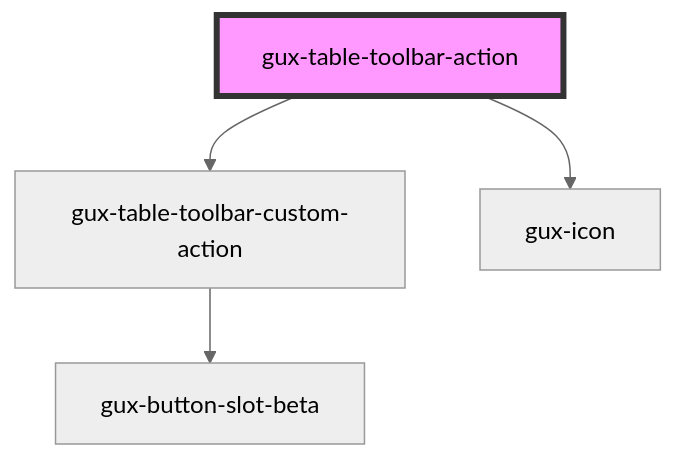
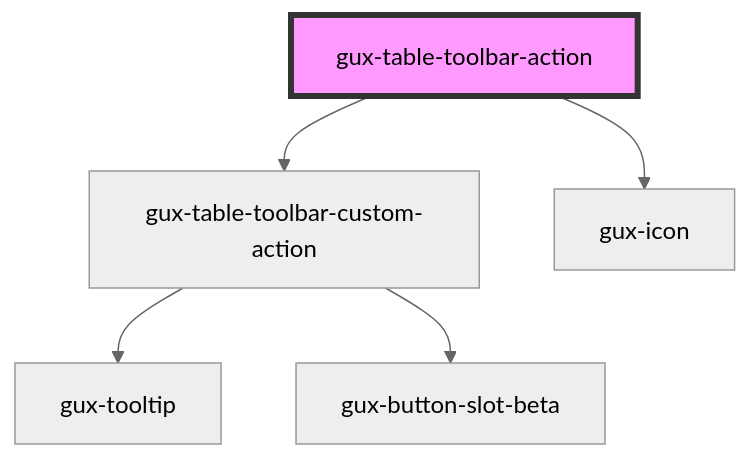
One commit to MyPureCloud/genesys-spark changed the diagram in packages/genesys-spark-components/src/components/beta/gux-table-toolbar/gux-table-toolbar-action/readme.md. Above: the diagram before and after it, drawn with Mermaid (neutral theme). The commit also changed 8 other files, not shown here.

First line of the commit message:
fix(table-toolbar): addition of tooltip when actions are is icon-only state

````diff
--- a/packages/genesys-spark-components/src/components/beta/gux-table-toolbar/gux-table-toolbar-action/readme.md
+++ b/packages/genesys-spark-components/src/components/beta/gux-table-toolbar/gux-table-toolbar-action/readme.md
@@ -26,7 +26,8 @@
 ```mermaid
 graph TD;
   gux-table-toolbar-action --> gux-table-toolbar-custom-action
   gux-table-toolbar-action --> gux-icon
+  gux-table-toolbar-custom-action --> gux-tooltip
   gux-table-toolbar-custom-action --> gux-button-slot-beta
   style gux-table-toolbar-action fill:#f9f,stroke:#333,stroke-width:4px
 ```
````
